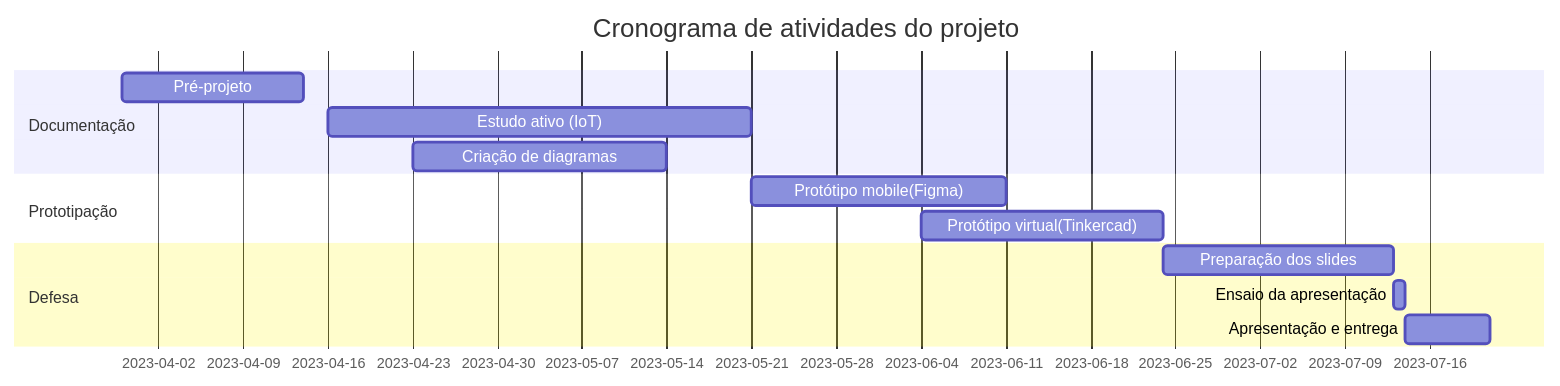
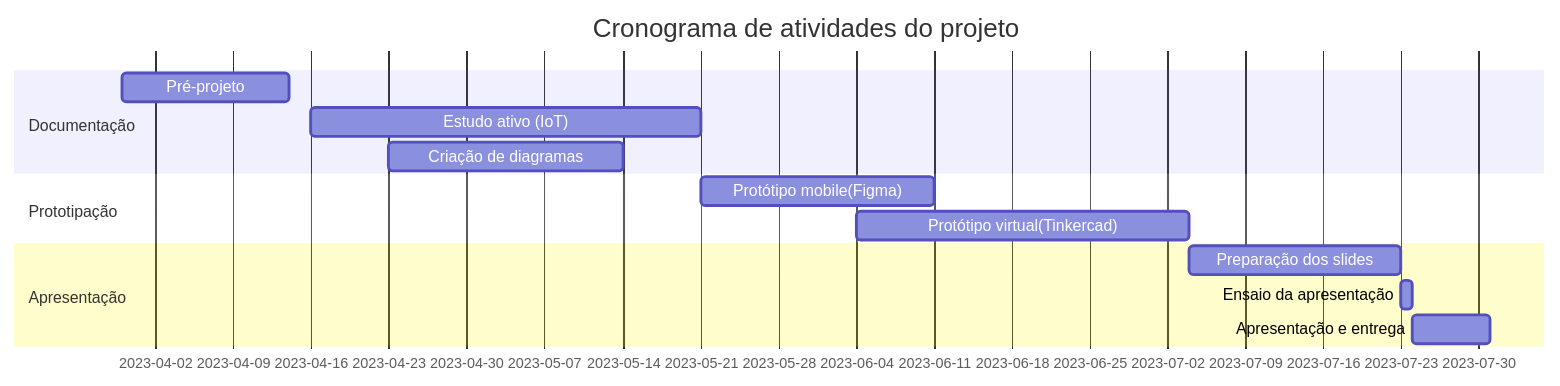
Before and after one commit to AgathaSena/Projeto-Integrador-II: the diagram in README.md, drawn with Mermaid.

````diff
--- a/README.md
+++ b/README.md
@@ -6,16 +6,16 @@
  ```mermaid
     gantt
     title Cronograma de atividades do projeto
     dateFormat  YYYY-MM-DD
     section Documentação
     Pré-projeto     :a1,  2023-03-30, 15d
     Estudo ativo (IoT)   :a2, 2023-04-16, 35d
     Criação de diagramas     :c3,  2023-04-23, 21d
     section Prototipação
     Protótipo mobile(Figma)      :c1, after a2, 21d
-    Protótipo virtual(Tinkercad)      :c2,  2023-06-04, 20d
-    section Defesa
+    Protótipo virtual(Tinkercad)      :c2,  2023-06-04, 30d
+    section Apresentação
     Preparação dos slides :p1, after c2, 19d
     Ensaio da apresentação :p2, after p1, 01d
     Apresentação e entrega  :p3, after p2, 07d
 ``` 
````
